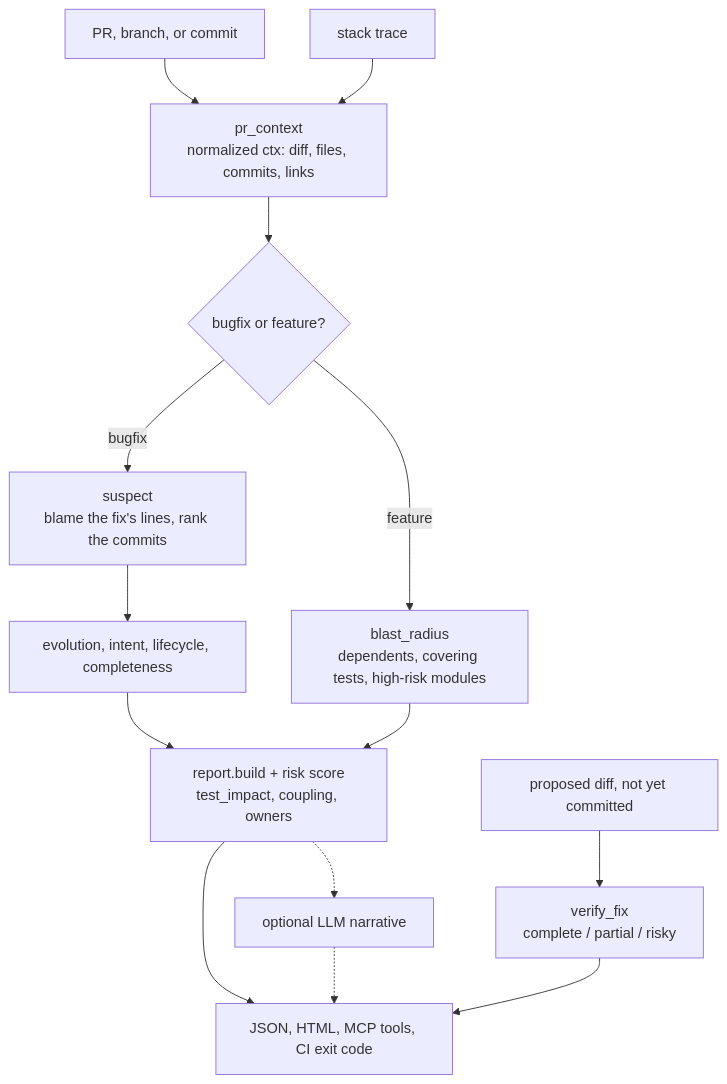
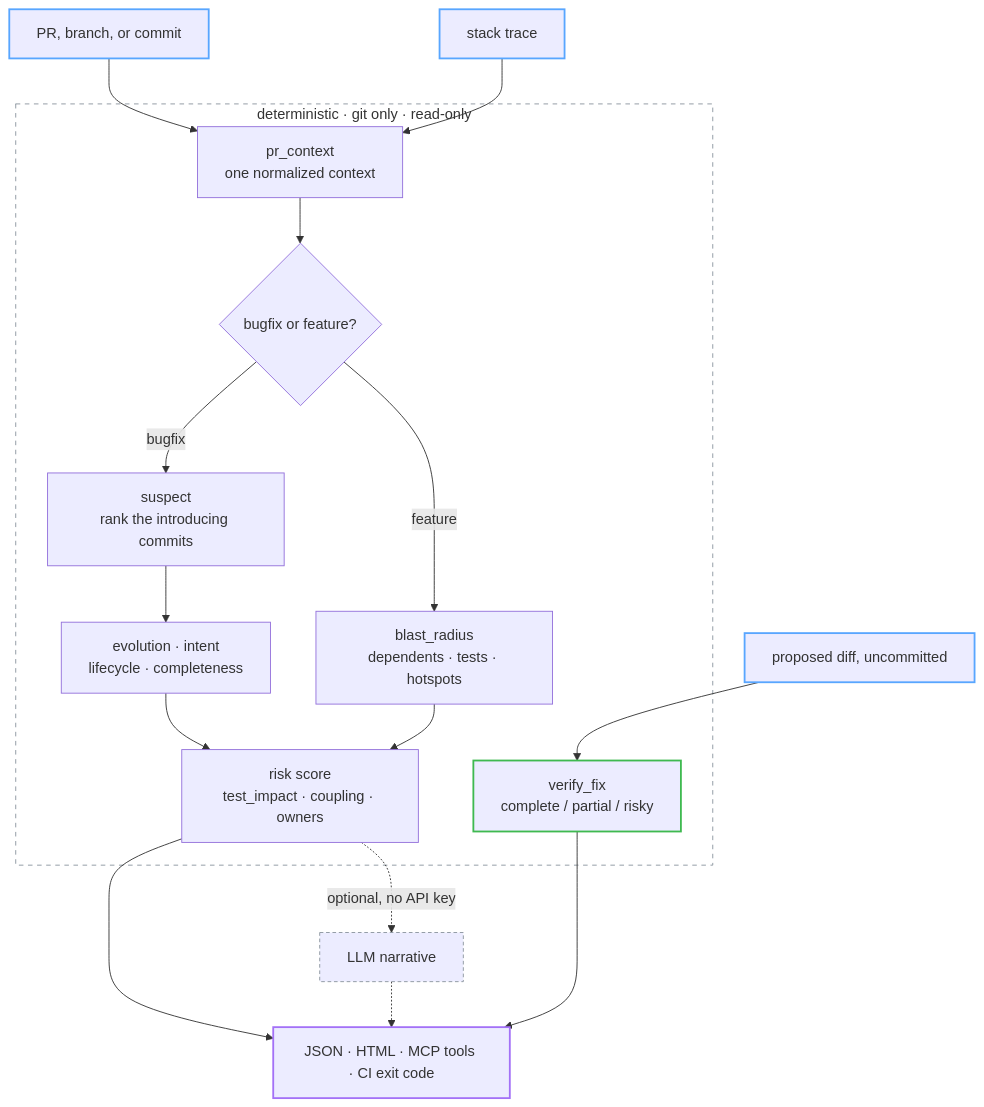
The diagram in README.md (noordeen123/culprit), drawn with Mermaid before and after one commit. The commit also changed other lines of this file and 2 other files, not shown here.

Commit message:
Show the report in focused crops and restyle the architecture diagram
The report screenshot was a 2160x5200 full-page dump. At README width every
label collapsed into an illegible sliver, and showing all ten sections at once
meant nothing stood out. The report itself was fine, the framing was not. Split
it into two legible crops that tell the story in order: the verdict (scored QA
risk with its factors, the prime suspect and how long the bug lived), then the
line evolution timeline (origin, the commit that broke it in red with the exact
diff, the fix in green). The full-page view is still linked.

The architecture diagram was stock Mermaid: default lavender boxes and a bright
yellow subgraph fill. Group the pipeline in a dashed "deterministic, git only,
read-only" boundary, and accent the edges of the graph with strokes rather than
fills: blue for what goes in, green for the verify_fix gate, purple for what
comes out, dashed for the optional narrative. Strokes leave the node text on
Mermaid's own palette, so it stays readable in both GitHub light and dark, which
a hardcoded dark theme would not. Verified by rendering both themes.

````diff
--- a/README.md
+++ b/README.md
@@ -182,22 +193,31 @@
 ```mermaid
 flowchart TD
-    PR["PR, branch, or commit"] --> CTX
-    TRACE["stack trace"] --> CTX
-    CTX["pr_context<br/>normalized ctx: diff, files, commits, links"] --> CLASSIFY{"bugfix or feature?"}
+    A["PR, branch, or commit"] --> CTX
+    B["stack trace"] --> CTX
+    C["proposed diff, uncommitted"] --> V
 
-    CLASSIFY -->|bugfix| SUSPECT["suspect<br/>blame the fix's lines, rank the commits"]
-    SUSPECT --> STORY["evolution, intent, lifecycle, completeness"]
-    CLASSIFY -->|feature| BLAST["blast_radius<br/>dependents, covering tests, high-risk modules"]
+    subgraph engine["deterministic · git only · read-only"]
+        CTX["pr_context<br/>one normalized context"] --> Q{"bugfix or feature?"}
+        Q -->|bugfix| S["suspect<br/>rank the introducing commits"]
+        S --> E["evolution · intent<br/>lifecycle · completeness"]
+        Q -->|feature| BR["blast_radius<br/>dependents · tests · hotspots"]
+        E --> R["risk score<br/>test_impact · coupling · owners"]
+        BR --> R
+        V["verify_fix<br/>complete / partial / risky"]
+    end
 
-    STORY --> REPORT
-    BLAST --> REPORT
-    REPORT["report.build + risk score<br/>test_impact, coupling, owners"] --> OUT
+    R --> OUT["JSON · HTML · MCP tools · CI exit code"]
+    V --> OUT
+    R -. "optional, no API key" .-> L["LLM narrative"]
+    L -.-> OUT
 
-    DIFF["proposed diff, not yet committed"] --> VERIFY["verify_fix<br/>complete / partial / risky"]
-    VERIFY --> OUT
-
-    REPORT -.-> LLM["optional LLM narrative"]
-    LLM -.-> OUT
-
-    OUT["JSON, HTML, MCP tools, CI exit code"]
+    style engine fill:none,stroke:#8b949e,stroke-width:1px,stroke-dasharray:5 5
+    classDef accent stroke:#58a6ff,stroke-width:2px
+    classDef gate stroke:#3fb950,stroke-width:2px
+    classDef out stroke:#a371f7,stroke-width:2px
+    classDef opt stroke:#8b949e,stroke-dasharray:4 3
+    class A,B,C accent
+    class V gate
+    class OUT out
+    class L opt
 ```
````
